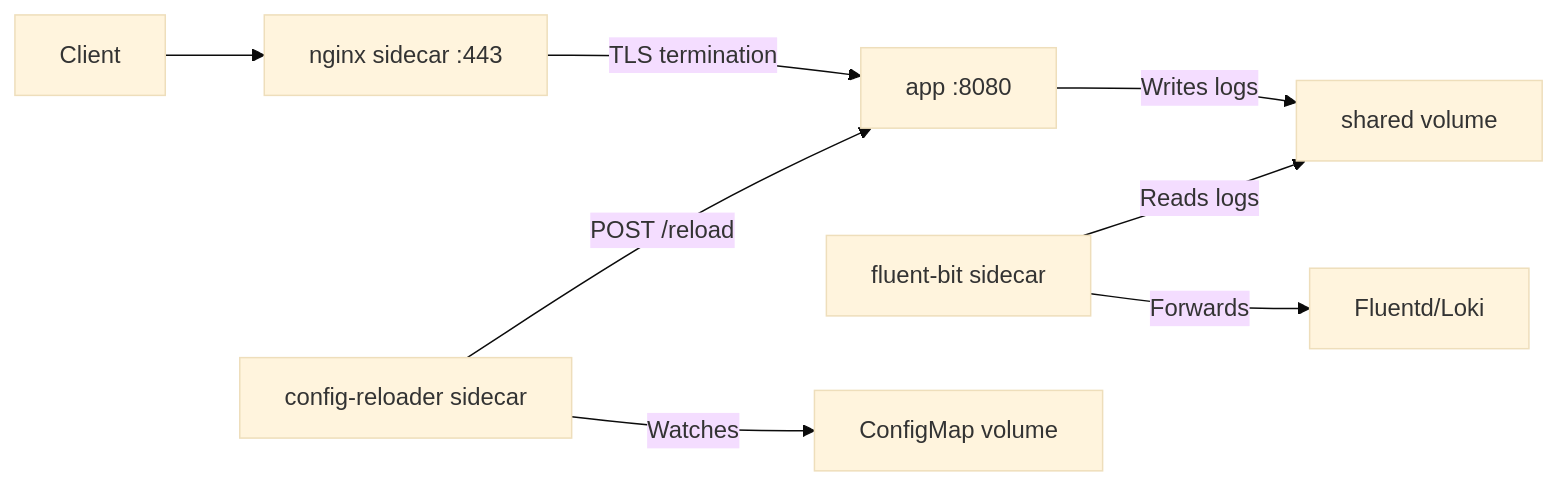
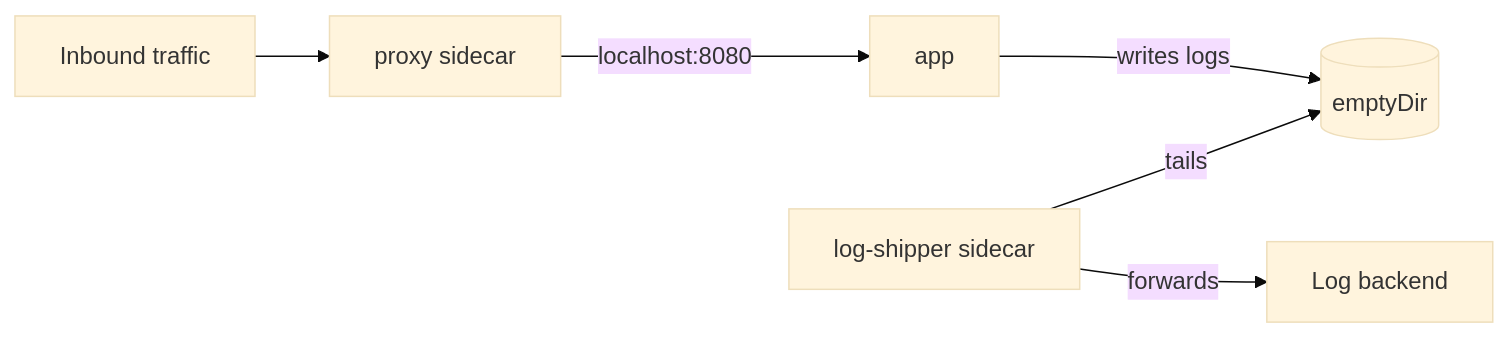
One commit to greg4fun/kubernetesrecipes.github.io changed the diagram in src/content/recipes/kubernetes-sidecar-patterns.md. Above: the diagram before and after it, drawn with Mermaid (base theme). The commit also changed other lines of this file and 403 other files, not shown here.

````diff
--- a/src/content/recipes/kubernetes-sidecar-patterns.md
+++ b/src/content/recipes/kubernetes-sidecar-patterns.md
@@ -100,10 +191,8 @@
 ```mermaid
 graph LR
-    A[Client] --> B[nginx sidecar :443]
-    B -->|TLS termination| C[app :8080]
-    C -->|Writes logs| D[shared volume]
-    E[fluent-bit sidecar] -->|Reads logs| D
-    E -->|Forwards| F[Fluentd/Loki]
-    G[config-reloader sidecar] -->|Watches| H[ConfigMap volume]
-    G -->|POST /reload| C
+    A[app] -->|writes logs| B[(emptyDir)]
+    C[log-shipper sidecar] -->|tails| B
+    C -->|forwards| D[Log backend]
+    F[Inbound traffic] --> E[proxy sidecar]
+    E -->|localhost:8080| A
 ```
````
